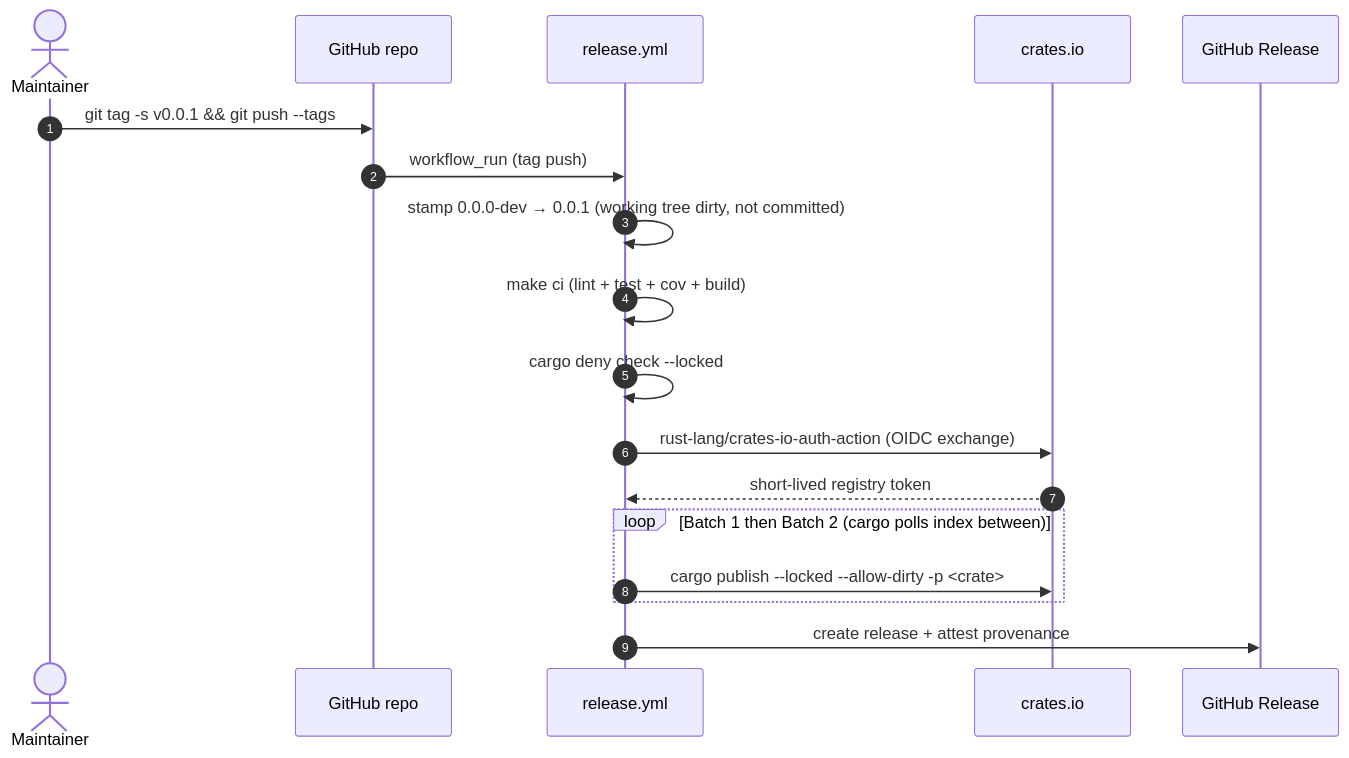
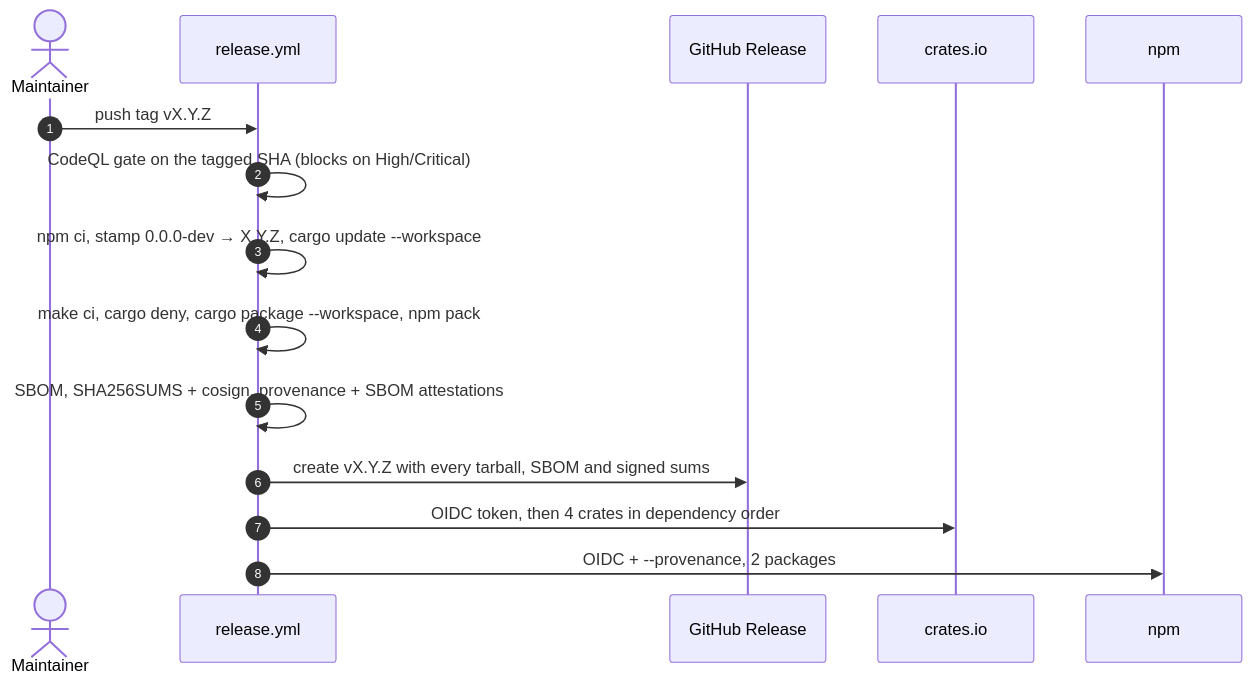
The diagram in docs/plans/publishing-plan.md (Nimblesite/lspkit), drawn with Mermaid before and after one commit. The commit also changed other lines of this file and 348 other files, not shown here.

First line of the commit message:
Consolidate to 5 crates and 1 npm package; TypeScript 7 + oxlint; signed OIDC release pipeline (#37)

````diff
--- a/docs/plans/publishing-plan.md
+++ b/docs/plans/publishing-plan.md
@@ -32,21 +9,18 @@
 ```mermaid
 sequenceDiagram
     autonumber
     actor Dev as Maintainer
-    participant Repo as GitHub repo
     participant GHA as release.yml
+    participant Rel as GitHub Release
     participant Crates as crates.io
-    participant Rel as GitHub Release
+    participant Npm as npm
 
-    Dev->>Repo: git tag -s v0.0.1 && git push --tags
-    Repo->>GHA: workflow_run (tag push)
-    GHA->>GHA: stamp 0.0.0-dev → 0.0.1 (working tree dirty, not committed)
-    GHA->>GHA: make ci (lint + test + cov + build)
-    GHA->>GHA: cargo deny check --locked
-    GHA->>Crates: rust-lang/crates-io-auth-action (OIDC exchange)
-    Crates-->>GHA: short-lived registry token
-    loop Batch 1 then Batch 2 (cargo polls index between)
-        GHA->>Crates: cargo publish --locked --allow-dirty -p <crate>
-    end
-    GHA->>Rel: create release + attest provenance
+    Dev->>GHA: push tag vX.Y.Z
+    GHA->>GHA: CodeQL gate on the tagged SHA (blocks on High/Critical)
+    GHA->>GHA: npm ci, stamp 0.0.0-dev → X.Y.Z, cargo update --workspace
+    GHA->>GHA: make ci, cargo deny, cargo package --workspace, npm pack
+    GHA->>GHA: SBOM, SHA256SUMS + cosign, provenance + SBOM attestations
+    GHA->>Rel: create vX.Y.Z with every tarball, SBOM and signed sums
+    GHA->>Crates: OIDC token, then 4 crates in dependency order
+    GHA->>Npm: OIDC + --provenance, 2 packages
 ```
````
